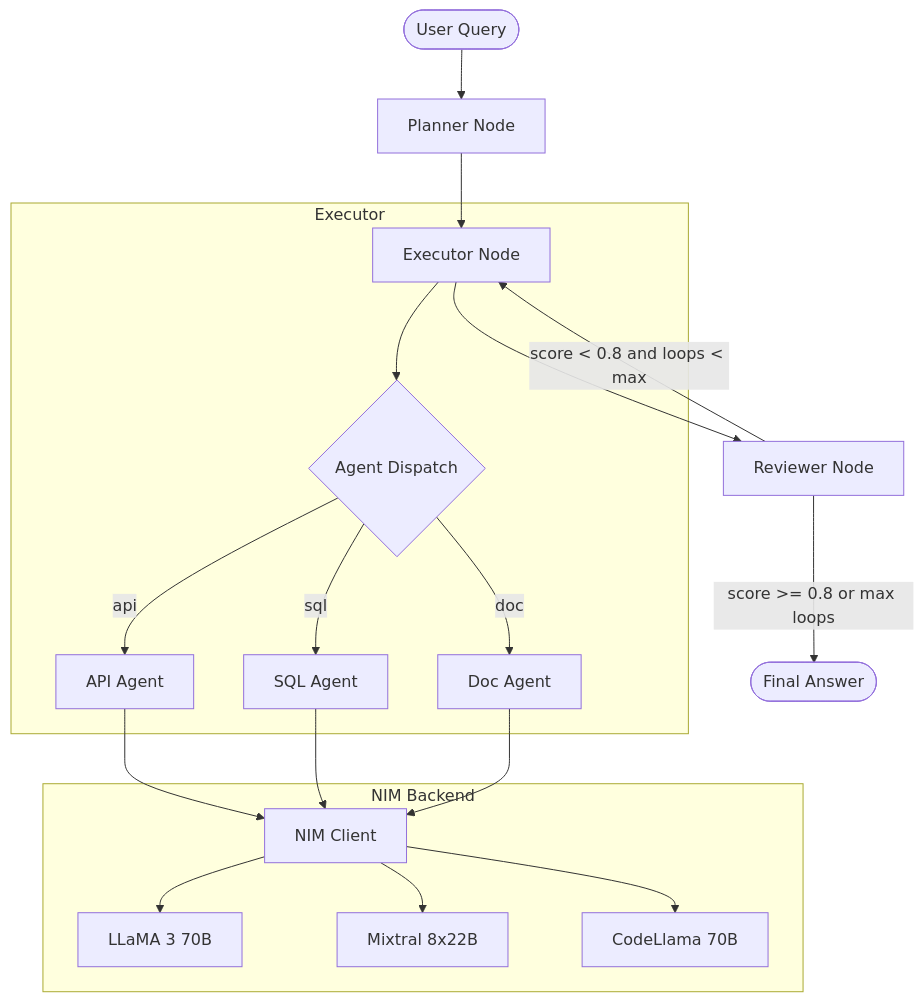
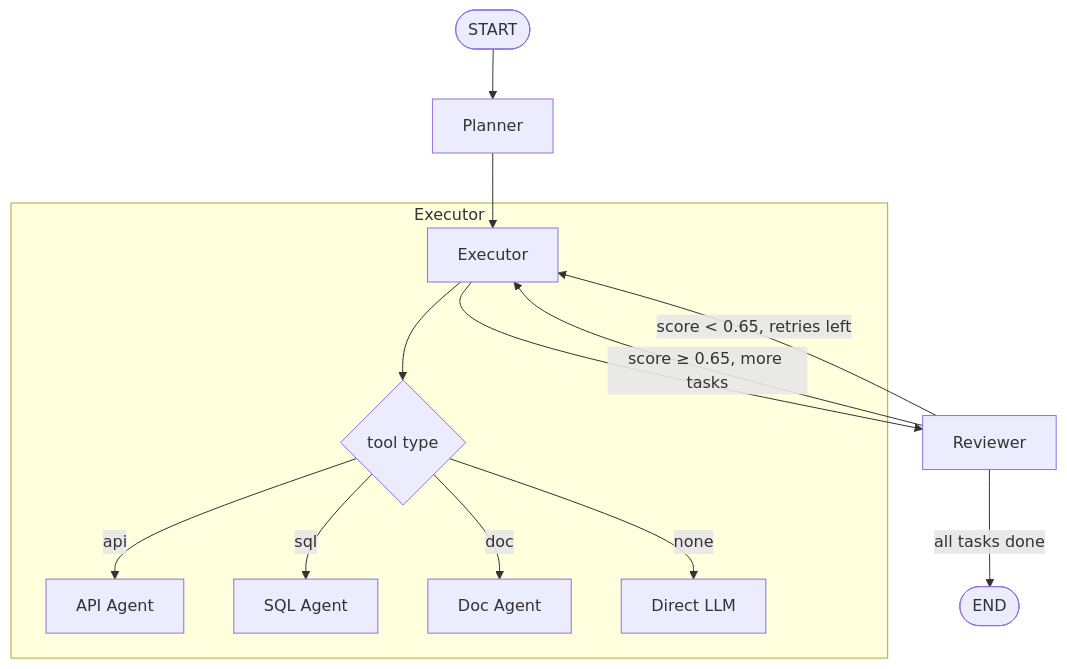
Before and after one commit to TylrDn/nvidia-nim-agent-toolkit: the diagram in docs/architecture.md, drawn with Mermaid. The commit also changed other lines of this file and 31 other files, not shown here.

Commit message:
build: complete nvidia-nim-agent-toolkit — NIM client, LangGraph orchestrator, all agents, tools, evals, docker, CI, README

````diff
--- a/docs/architecture.md
+++ b/docs/architecture.md
@@ -10,24 +11,17 @@
 ```mermaid
-graph TD
-    A([User Query]) --> B[Planner Node]
-    B --> C[Executor Node]
-    C --> D[Reviewer Node]
-    D -->|score < 0.8 and loops < max| C
-    D -->|score >= 0.8 or max loops| E([Final Answer])
+flowchart TD
+    A([START]) --> B[Planner]
+    B --> C[Executor]
+    C --> D[Reviewer]
+    D -- score ≥ 0.65, more tasks --> C
+    D -- score < 0.65, retries left --> C
+    D -- all tasks done --> E([END])
 
     subgraph Executor
-        C --> F{Agent Dispatch}
-        F -->|api| G[API Agent]
-        F -->|sql| H[SQL Agent]
-        F -->|doc| I[Doc Agent]
+        C --> F{tool type}
+        F -- api --> G[API Agent]
+        F -- sql --> H[SQL Agent]
+        F -- doc --> I[Doc Agent]
+        F -- none --> J[Direct LLM]
     end
-
-    subgraph NIM Backend
-        J[NIM Client]
-        J --> K[LLaMA 3 70B]
-        J --> L[Mixtral 8x22B]
-        J --> M[CodeLlama 70B]
-    end
-
-    G & H & I --> J
 ```
````
